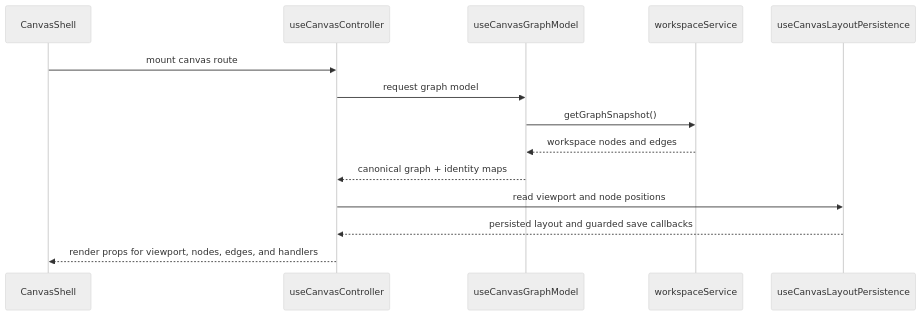
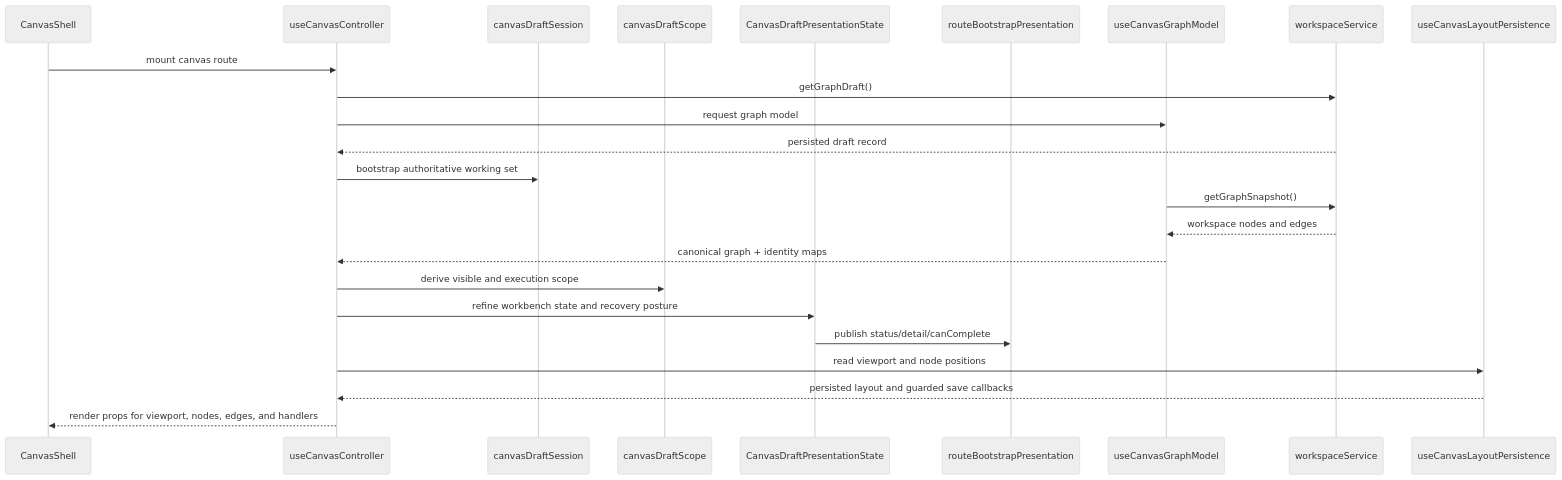
One commit to dunay2/dvt changed the fifth of 8 diagrams in docs/architecture/components/web/graph/canvas-controller-current-to-target-architecture.md. Above: the diagram before and after it, drawn with Mermaid (neutral theme). The commit also changed other lines of this file and 2 other files, not shown here.

Commit message:
docs(docs): Canonicalize route bootstrap publisher lifecycle

````diff
--- a/docs/architecture/components/web/graph/canvas-controller-current-to-target-architecture.md
+++ b/docs/architecture/components/web/graph/canvas-controller-current-to-target-architecture.md
@@ -139,17 +357,27 @@
 ```mermaid
 sequenceDiagram
   participant Shell as CanvasShell
   participant Controller as useCanvasController
+  participant DraftSession as canvasDraftSession
+  participant DraftScope as canvasDraftScope
+  participant Presentation as CanvasDraftPresentationState
+  participant RouteBootstrap as routeBootstrapPresentation
   participant GraphModel as useCanvasGraphModel
   participant Workspace as workspaceService
   participant Persistence as useCanvasLayoutPersistence
 
   Shell->>Controller: mount canvas route
+  Controller->>Workspace: getGraphDraft()
   Controller->>GraphModel: request graph model
+  Workspace-->>Controller: persisted draft record
+  Controller->>DraftSession: bootstrap authoritative working set
   GraphModel->>Workspace: getGraphSnapshot()
   Workspace-->>GraphModel: workspace nodes and edges
   GraphModel-->>Controller: canonical graph + identity maps
+  Controller->>DraftScope: derive visible and execution scope
+  Controller->>Presentation: refine workbench state and recovery posture
+  Presentation->>RouteBootstrap: publish status/detail/canComplete
   Controller->>Persistence: read viewport and node positions
   Persistence-->>Controller: persisted layout and guarded save callbacks
   Controller-->>Shell: render props for viewport, nodes, edges, and handlers
 ```
````
